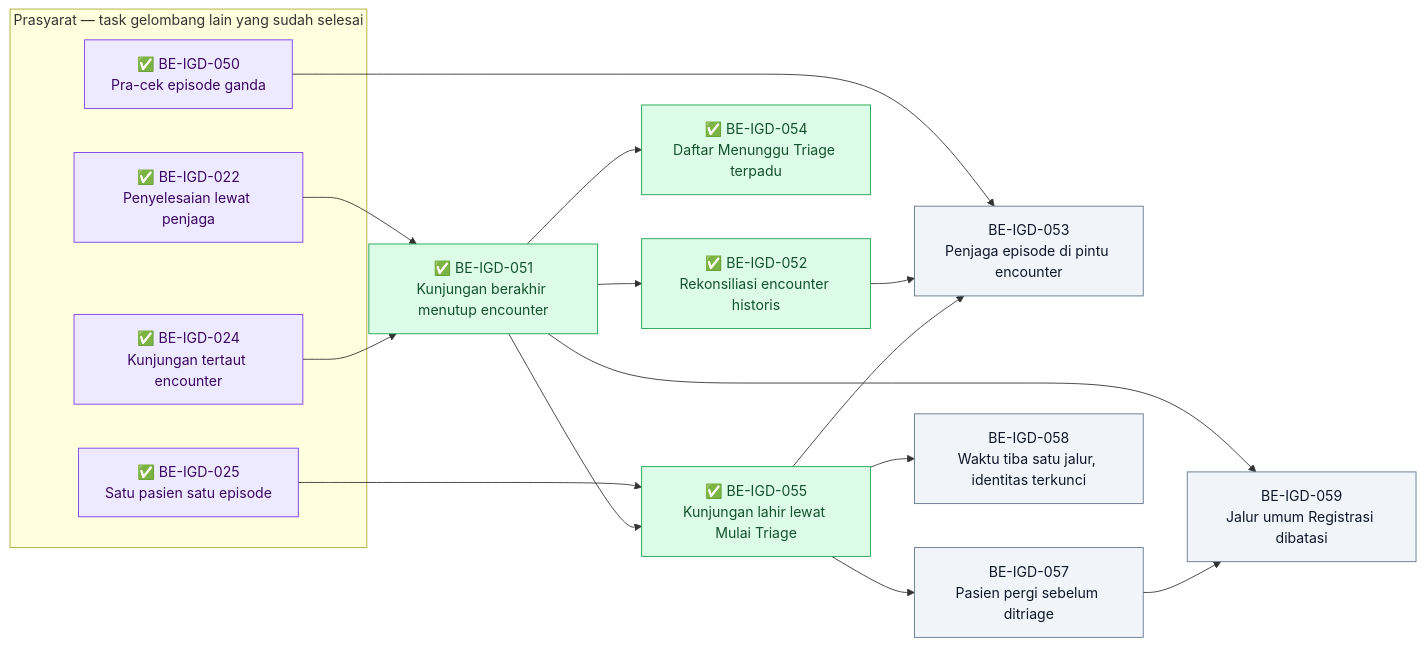
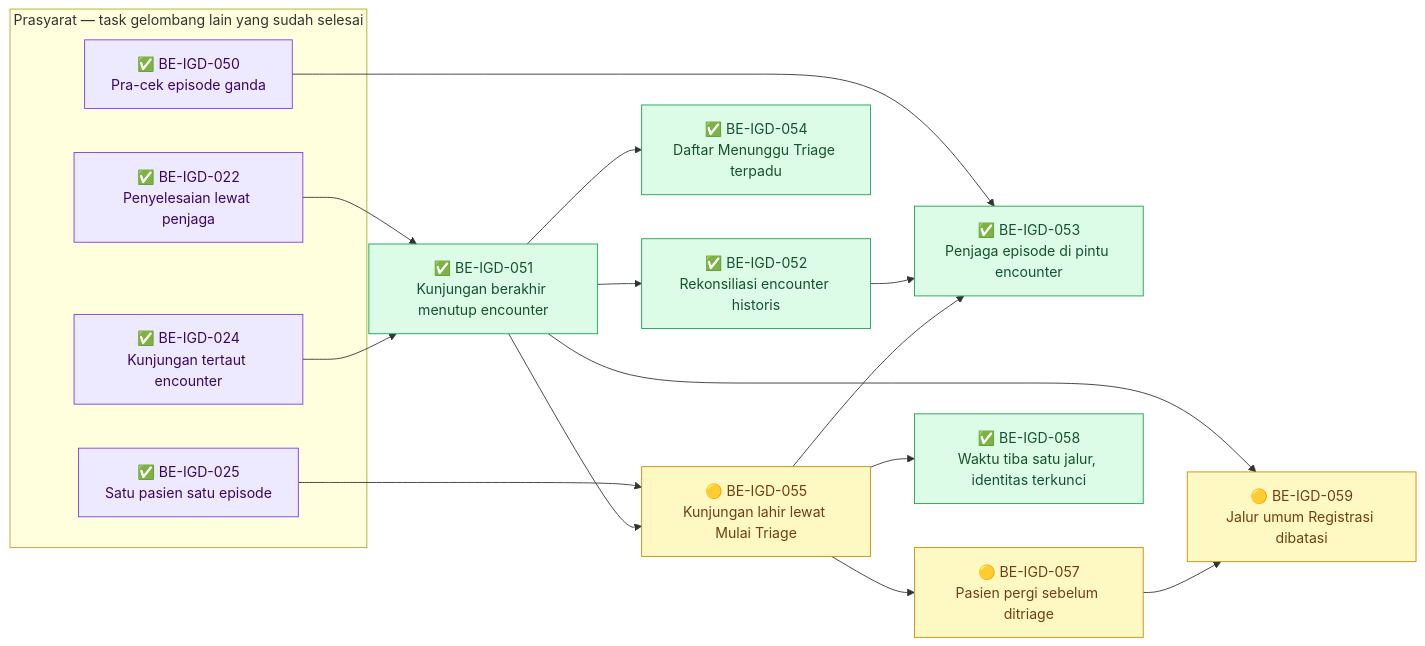
One commit to DevBenari/NewQuilvianSystemBackend changed the tenth of 12 diagrams in docs/module-blueprints/igd/roadmap/backend-roadmap.md. Above: the diagram before and after it, drawn with Mermaid. The commit also changed other lines of this file and 39 other files, not shown here.

Commit message:
finishing pendaftaran igd until triage

````diff
--- a/docs/module-blueprints/igd/roadmap/backend-roadmap.md
+++ b/docs/module-blueprints/igd/roadmap/backend-roadmap.md
@@ -1987,38 +1987,38 @@
 ```mermaid
 flowchart LR
     classDef selesai fill:#DCFCE7,stroke:#16A34A,color:#14532D
     classDef sebagian fill:#FEF9C3,stroke:#CA8A04,color:#713F12
     classDef terblokir fill:#FEE2E2,stroke:#DC2626,color:#7F1D1D
     classDef belum fill:#F1F5F9,stroke:#64748B,color:#0F172A
     classDef luar fill:#EDE9FE,stroke:#7C3AED,color:#3B0764
 
     subgraph prasyarat["Prasyarat — task gelombang lain yang sudah selesai"]
         BEIGD022["✅ BE-IGD-022<br/>Penyelesaian lewat penjaga"]:::luar
         BEIGD024["✅ BE-IGD-024<br/>Kunjungan tertaut encounter"]:::luar
         BEIGD025["✅ BE-IGD-025<br/>Satu pasien satu episode"]:::luar
         BEIGD050["✅ BE-IGD-050<br/>Pra-cek episode ganda"]:::luar
     end
 
     BEIGD051["✅ BE-IGD-051<br/>Kunjungan berakhir menutup encounter"]:::selesai
     BEIGD052["✅ BE-IGD-052<br/>Rekonsiliasi encounter historis"]:::selesai
     BEIGD054["✅ BE-IGD-054<br/>Daftar Menunggu Triage terpadu"]:::selesai
-    BEIGD055["✅ BE-IGD-055<br/>Kunjungan lahir lewat Mulai Triage"]:::selesai
-    BEIGD053["BE-IGD-053<br/>Penjaga episode di pintu encounter"]:::belum
-    BEIGD057["BE-IGD-057<br/>Pasien pergi sebelum ditriage"]:::belum
-    BEIGD058["BE-IGD-058<br/>Waktu tiba satu jalur, identitas terkunci"]:::belum
-    BEIGD059["BE-IGD-059<br/>Jalur umum Registrasi dibatasi"]:::belum
+    BEIGD055["🟡 BE-IGD-055<br/>Kunjungan lahir lewat Mulai Triage"]:::sebagian
+    BEIGD053["✅ BE-IGD-053<br/>Penjaga episode di pintu encounter"]:::selesai
+    BEIGD057["🟡 BE-IGD-057<br/>Pasien pergi sebelum ditriage"]:::sebagian
+    BEIGD058["✅ BE-IGD-058<br/>Waktu tiba satu jalur, identitas terkunci"]:::selesai
+    BEIGD059["🟡 BE-IGD-059<br/>Jalur umum Registrasi dibatasi"]:::sebagian
 
     BEIGD022 --> BEIGD051
     BEIGD024 --> BEIGD051
     BEIGD051 --> BEIGD052
     BEIGD051 --> BEIGD054
     BEIGD025 --> BEIGD055
     BEIGD051 --> BEIGD055
     BEIGD050 --> BEIGD053
     BEIGD052 --> BEIGD053
     BEIGD055 --> BEIGD053
     BEIGD055 --> BEIGD057
     BEIGD055 --> BEIGD058
     BEIGD051 --> BEIGD059
     BEIGD057 --> BEIGD059
 ```
````
